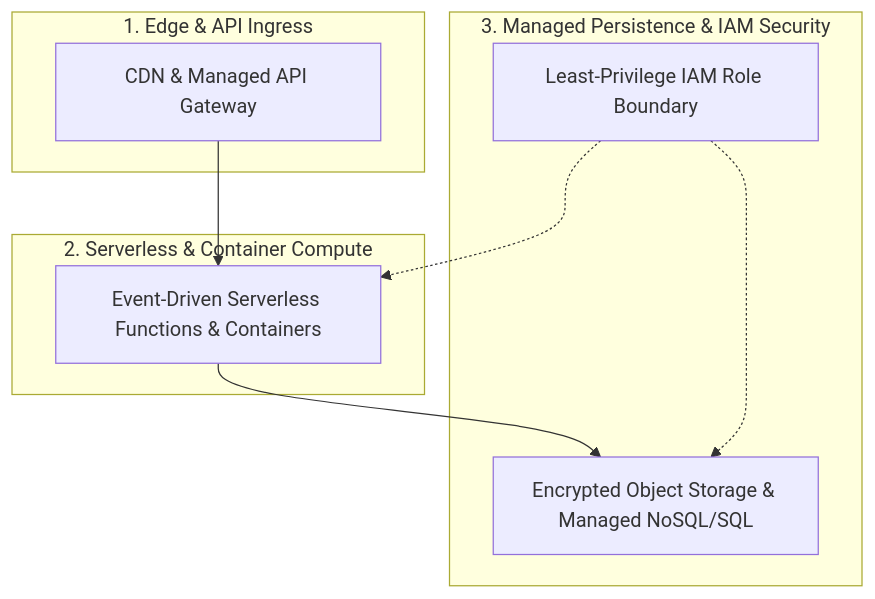
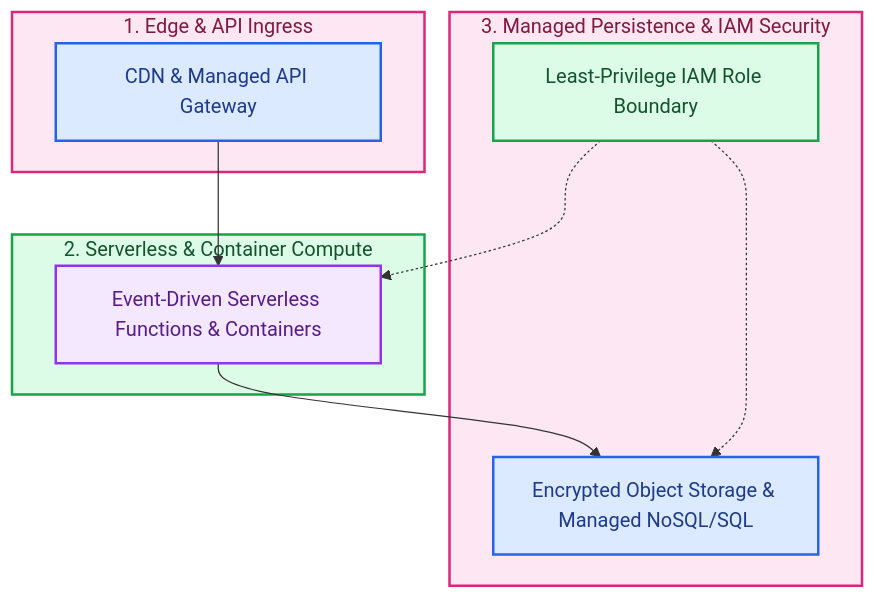
One commit to RobinaMirbahar/AWS-Cloud-Solutions changed the diagram in README.md. Above: the diagram before and after it, drawn with Mermaid. The commit also changed other lines of this file, not shown here.

Commit message:
docs: add 3-line Author & Companion Publication header, color-coded Mermaid diagram, and remove repetitive footer

````diff
--- a/README.md
+++ b/README.md
@@ -28,15 +28,22 @@
 ```mermaid
 flowchart TD
     subgraph Edge ["1. Edge & API Ingress"]
         E_CDN["CDN & Managed API Gateway"]
     end
     subgraph Compute ["2. Serverless & Container Compute"]
         C_Fn["Event-Driven Serverless Functions & Containers"]
     end
     subgraph Data ["3. Managed Persistence & IAM Security"]
         D_DB["Encrypted Object Storage & Managed NoSQL/SQL"]
         D_IAM["Least-Privilege IAM Role Boundary"]
     end
     E_CDN --> C_Fn --> D_DB
     D_IAM -.-> C_Fn & D_DB
+    style Edge fill:#fce7f3,stroke:#db2777,stroke-width:2px,color:#831843
+    style E_CDN fill:#dbeafe,stroke:#2563eb,stroke-width:2px,color:#1e3a8a
+    style Compute fill:#dcfce7,stroke:#16a34a,stroke-width:2px,color:#14532d
+    style C_Fn fill:#f3e8ff,stroke:#9333ea,stroke-width:2px,color:#581c87
+    style Data fill:#fce7f3,stroke:#db2777,stroke-width:2px,color:#831843
+    style D_DB fill:#dbeafe,stroke:#2563eb,stroke-width:2px,color:#1e3a8a
+    style D_IAM fill:#dcfce7,stroke:#16a34a,stroke-width:2px,color:#14532d
 ```
````
